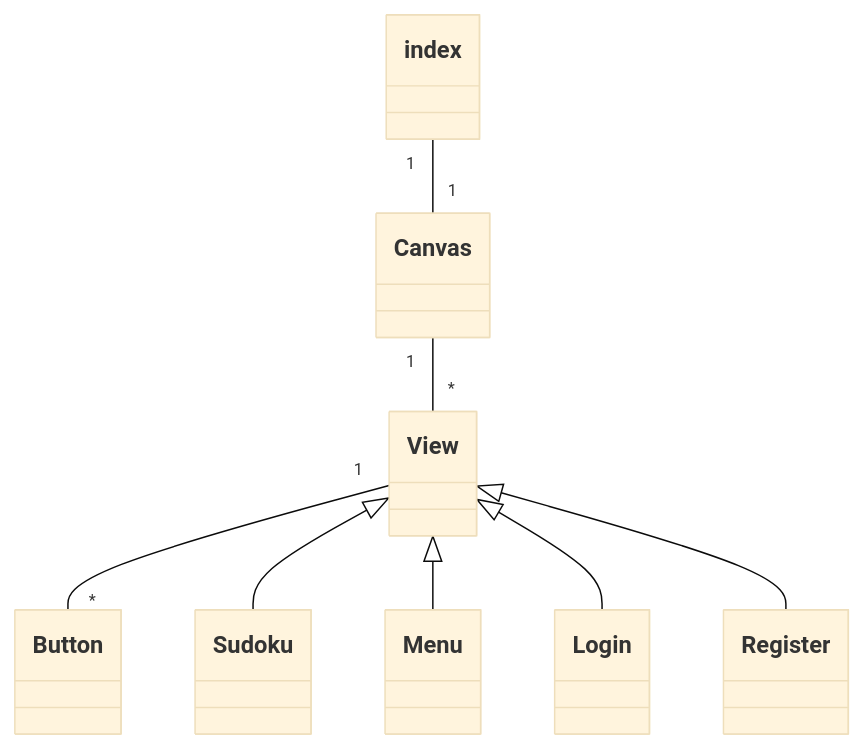
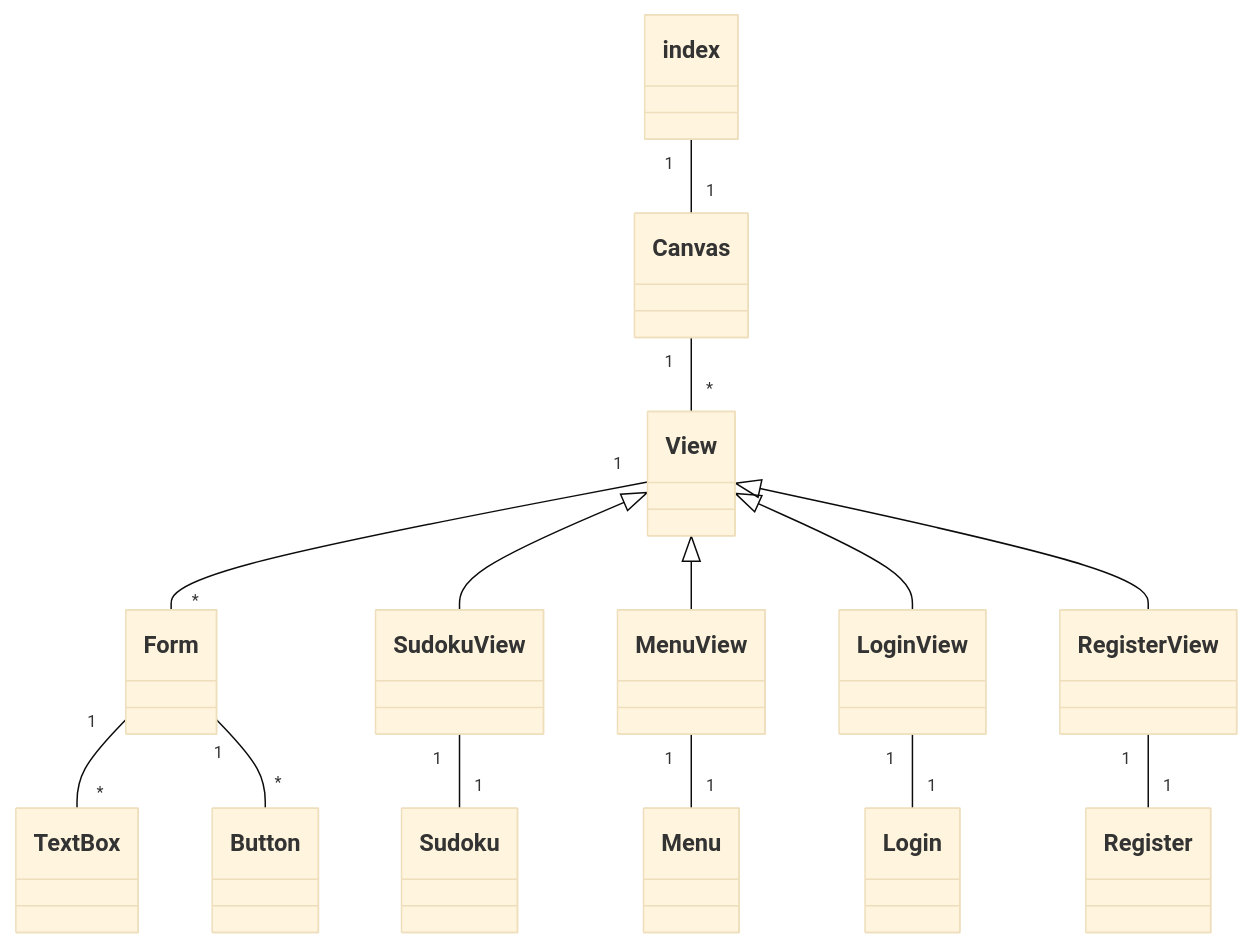
Before and after one commit to ronituohino/ohte-harjoitustyo: the diagram in harjoitustyö/dokumentaatio/arkkitehtuuri.md, drawn with Mermaid (base theme). The commit also changed 9 other files, not shown here.

````diff
--- a/harjoitustyö/dokumentaatio/arkkitehtuuri.md
+++ b/harjoitustyö/dokumentaatio/arkkitehtuuri.md
@@ -3,20 +3,33 @@
 ```mermaid
 classDiagram
 index "1" -- "1" Canvas
 Canvas "1" -- "*" View
-View "1" -- "*" Button
-View <|-- Sudoku
-View <|-- Menu
-View <|-- Login
-View <|-- Register
+View "1" -- "*" Form
+Form "1" -- "*" TextBox
+Form "1" -- "*" Button
+View <|-- SudokuView
+View <|-- MenuView
+View <|-- LoginView
+View <|-- RegisterView
+SudokuView "1" -- "1" Sudoku
+MenuView "1" -- "1" Menu
+LoginView "1" -- "1" Login
+RegisterView "1" -- "1" Register
 
 class index { }
 class Canvas { }
 class Button { }
+class TextBox { }
+class Form { }
 class View { }
+
+class SudokuView { }
+class MenuView { }
+class LoginView { }
+class RegisterView { }
 
 class Sudoku { }
 class Menu { }
 class Login { }
 class Register { }
 ```
````
